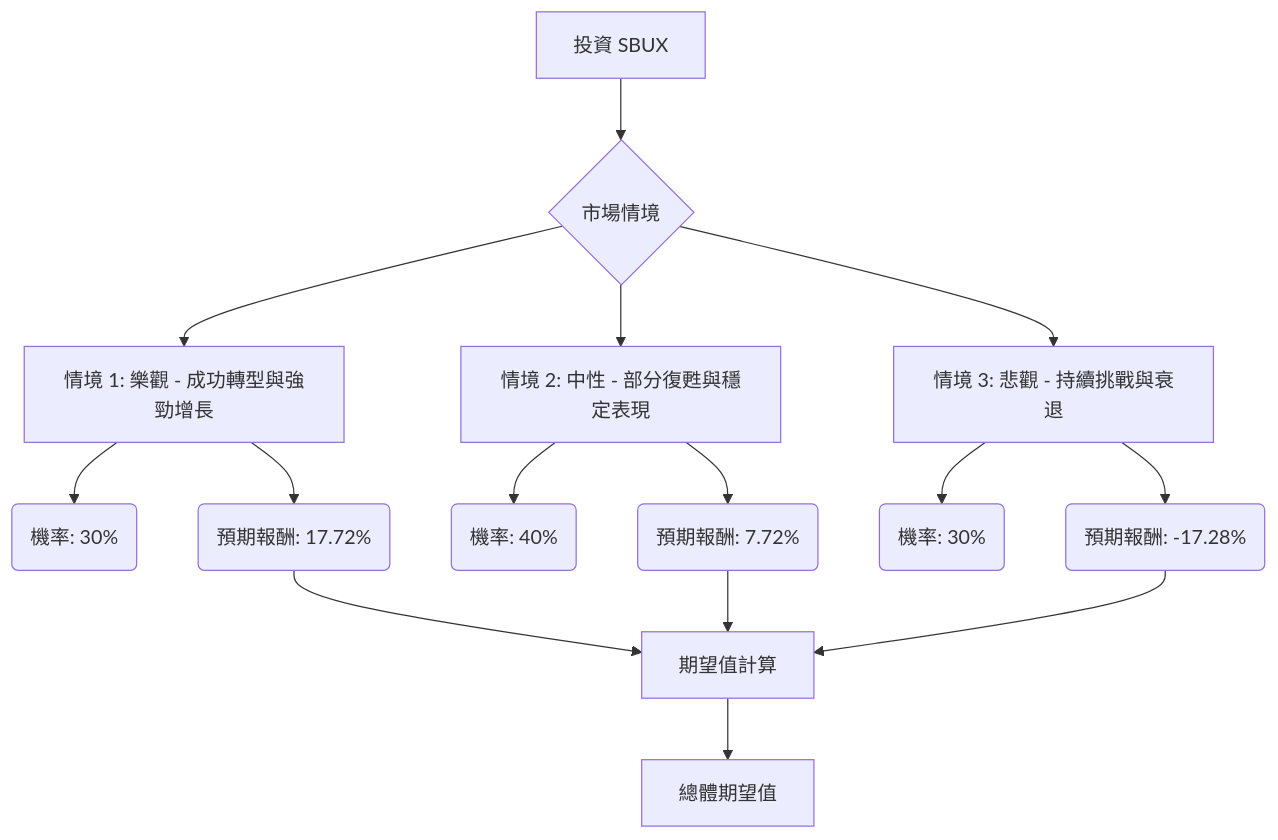
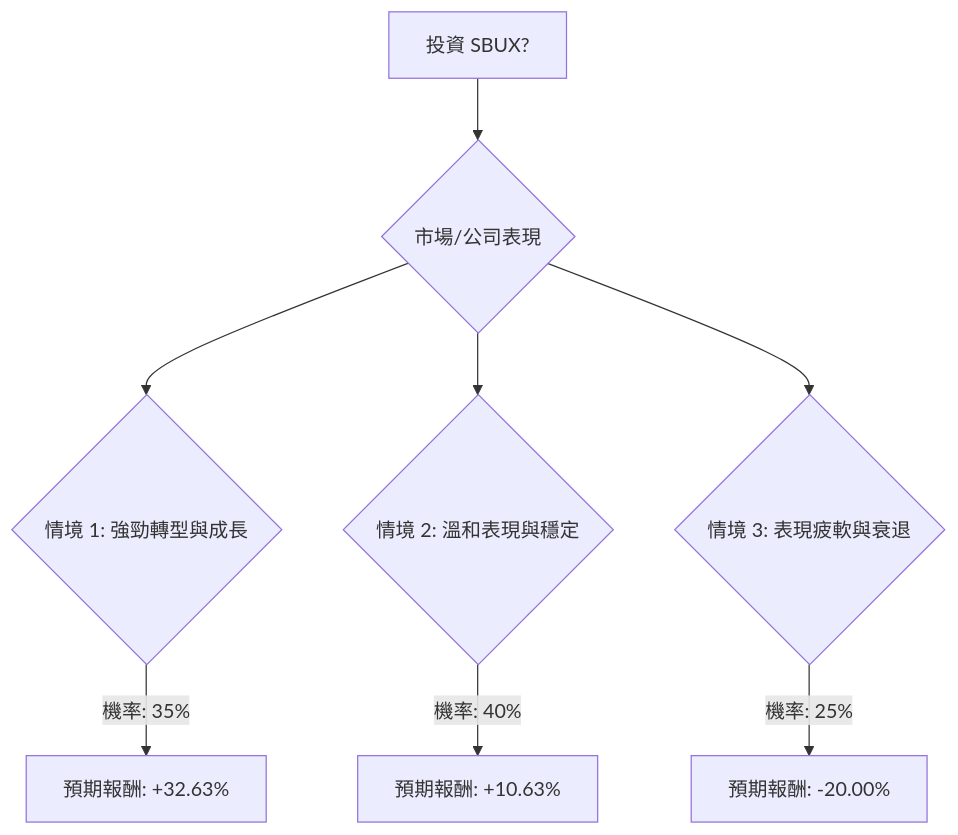
The diagram in plugin-react/ai-analysis/ev-analysis/SBUX.md (zmcx16/zmcx16.github.io), drawn with Mermaid before and after one commit. The commit also changed other lines of this file and 45 other files, not shown here.

````diff
--- a/plugin-react/ai-analysis/ev-analysis/SBUX.md
+++ b/plugin-react/ai-analysis/ev-analysis/SBUX.md
@@ -48,21 +71,13 @@
 ```mermaid
 graph TD
-    A[投資 SBUX] --> B{市場情境}
+    A[投資 SBUX?] --> B{市場/公司表現}
 
-    B --> C[情境 1: 樂觀 - 成功轉型與強勁增長]
-    C --> C1(機率: 30%)
-    C --> C2(預期報酬: 17.72%)
+    B --> C{情境 1: 強勁轉型與成長}
+    C -- 機率: 35% --> C1[預期報酬: +32.63%]
 
-    B --> D[情境 2: 中性 - 部分復甦與穩定表現]
-    D --> D1(機率: 40%)
-    D --> D2(預期報酬: 7.72%)
+    B --> D{情境 2: 溫和表現與穩定}
+    D -- 機率: 40% --> D1[預期報酬: +10.63%]
 
-    B --> E[情境 3: 悲觀 - 持續挑戰與衰退]
-    E --> E1(機率: 30%)
-    E --> E2(預期報酬: -17.28%)
-
-    C2 --> F[期望值計算]
-    D2 --> F
-    E2 --> F
-    F --> G[總體期望值]
+    B --> E{情境 3: 表現疲軟與衰退}
+    E -- 機率: 25% --> E1[預期報酬: -20.00%]
 ```
````
